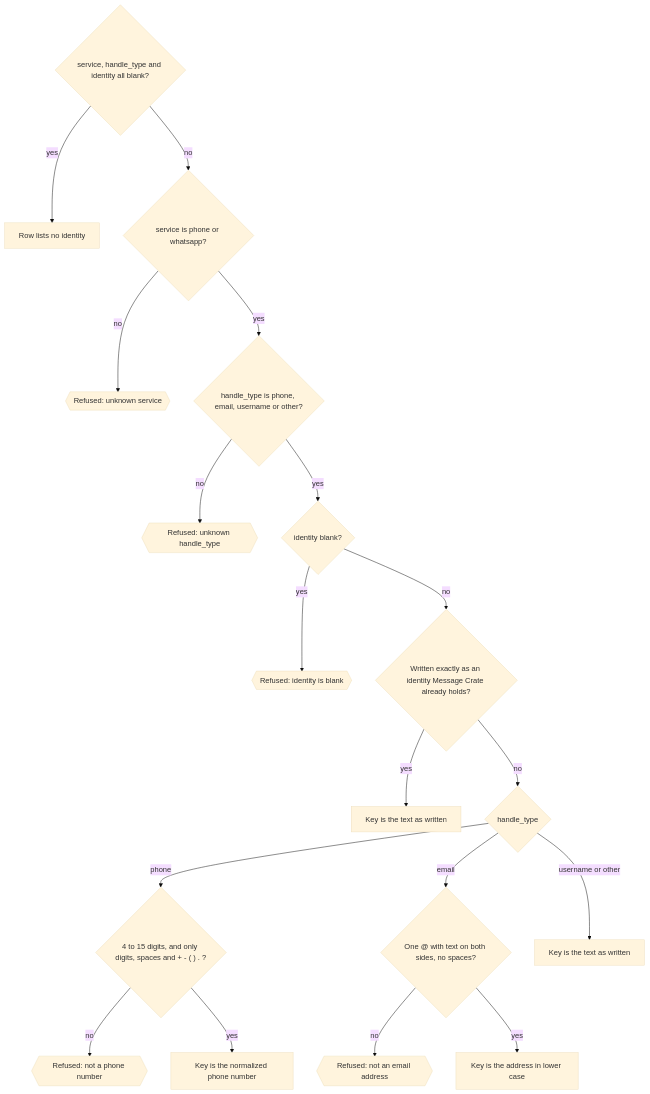
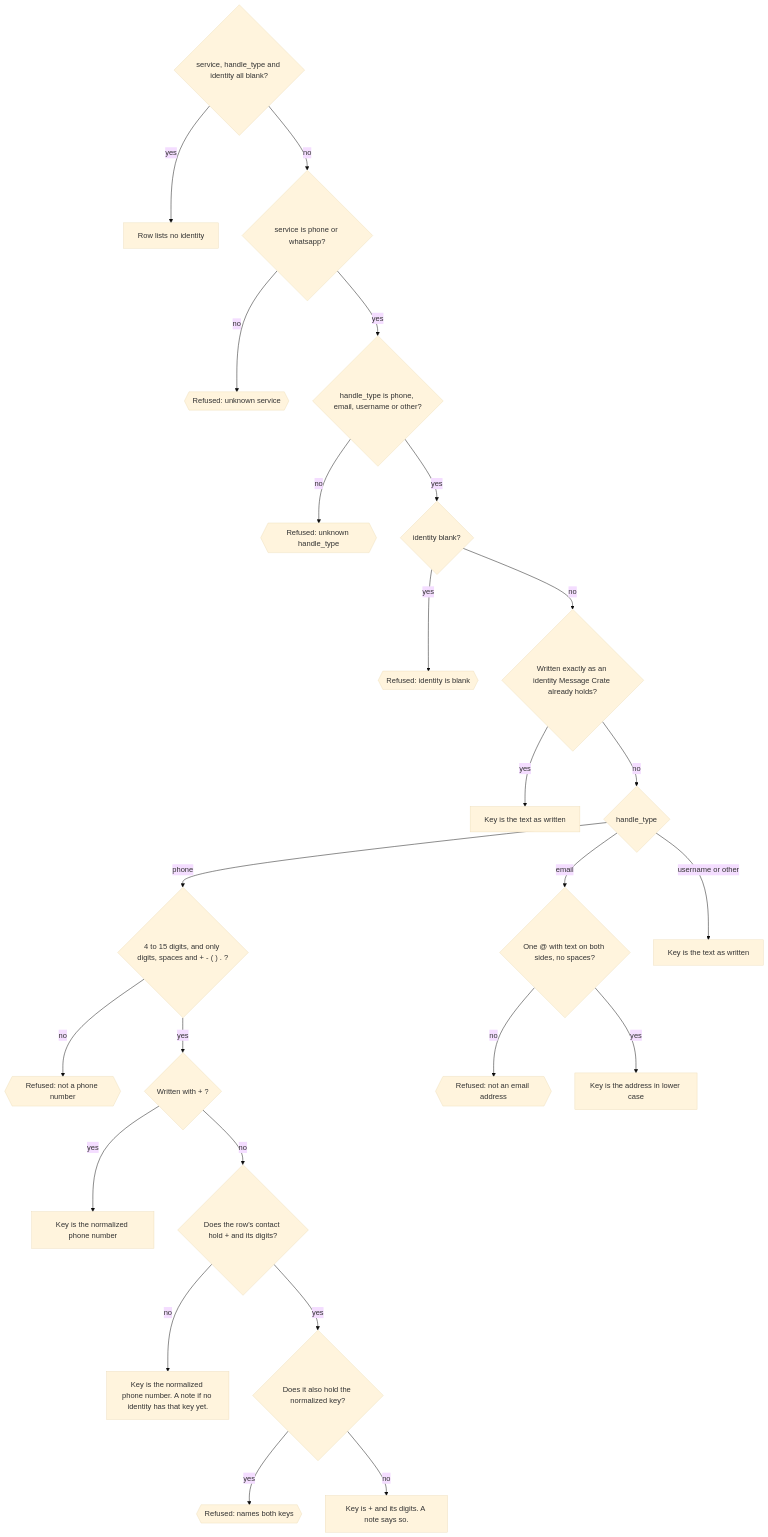
Before and after one commit to bitrealm-io/message-vault: the sixth of 8 diagrams in docs/architecture/how-contacts-are-made-and-changed.md, drawn with Mermaid (base theme). The commit also changed other lines of this file and 10 other files, not shown here.

First line of the commit message:
fix(server): an address book number whose + a spreadsheet dropped keeps its identity (#1367)

````diff
--- a/docs/architecture/how-contacts-are-made-and-changed.md
+++ b/docs/architecture/how-contacts-are-made-and-changed.md
@@ -162,20 +184,26 @@
 ```mermaid
 flowchart TD
   A{"service, handle_type and identity all blank?"} -- yes --> A1["Row lists no identity"]
   A -- no --> B{"service is phone or whatsapp?"}
   B -- no --> R1{{"Refused: unknown service"}}
   B -- yes --> C{"handle_type is phone, email, username or other?"}
   C -- no --> R2{{"Refused: unknown handle_type"}}
   C -- yes --> D{"identity blank?"}
   D -- yes --> R3{{"Refused: identity is blank"}}
   D -- no --> E{"Written exactly as an identity Message Crate already holds?"}
   E -- yes --> K["Key is the text as written"]
   E -- no --> F{"handle_type"}
   F -- phone --> G{"4 to 15 digits, and only digits, spaces and + - ( ) . ?"}
   G -- no --> R4{{"Refused: not a phone number"}}
-  G -- yes --> G1["Key is the normalized phone number"]
+  G -- yes --> P{"Written with + ?"}
+  P -- yes --> G1["Key is the normalized phone number"]
+  P -- no --> Q{"Does the row's contact hold + and its digits?"}
+  Q -- no --> G2["Key is the normalized phone number. A note if no identity has that key yet."]
+  Q -- yes --> S{"Does it also hold the normalized key?"}
+  S -- yes --> R6{{"Refused: names both keys"}}
+  S -- no --> G3["Key is + and its digits. A note says so."]
   F -- email --> H{"One @ with text on both sides, no spaces?"}
   H -- no --> R5{{"Refused: not an email address"}}
   H -- yes --> H1["Key is the address in lower case"]
   F -- "username or other" --> I1["Key is the text as written"]
 ```
````
